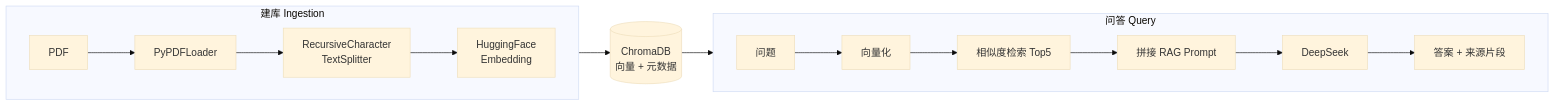
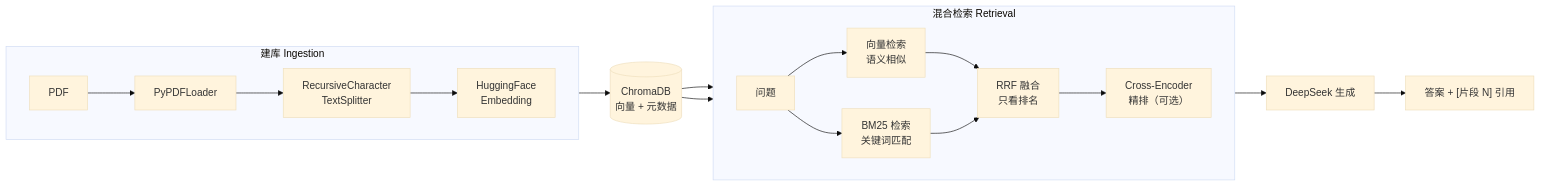
The diagram in README.md (marcus-1613/RAG-Project), drawn with Mermaid (base theme) before and after one commit. The commit also changed other lines of this file, not shown here.

````diff
--- a/README.md
+++ b/README.md
@@ -29,22 +41,25 @@
 ```mermaid
 flowchart LR
     subgraph ING["建库 Ingestion"]
         direction LR
         PDF["PDF"] --> LOAD["PyPDFLoader"]
         LOAD --> SPLIT["RecursiveCharacter<br/>TextSplitter"]
         SPLIT --> EMB["HuggingFace<br/>Embedding"]
     end
 
     EMB --> CHROMA[("ChromaDB<br/>向量 + 元数据")]
 
-    subgraph QUERY["问答 Query"]
+    subgraph RET["混合检索 Retrieval"]
         direction LR
-        Q["问题"] --> QEMB["向量化"]
-        QEMB --> RET["相似度检索 Top5"]
-        RET --> PROMPT["拼接 RAG Prompt"]
-        PROMPT --> LLM["DeepSeek"]
-        LLM --> ANS["答案 + 来源片段"]
+        Q["问题"] --> VEC["向量检索<br/>语义相似"]
+        Q --> KW["BM25 检索<br/>关键词匹配"]
+        VEC --> RRF["RRF 融合<br/>只看排名"]
+        KW --> RRF
+        RRF --> RR["Cross-Encoder<br/>精排（可选）"]
     end
 
-    CHROMA --> RET
+    CHROMA --> VEC
+    CHROMA --> KW
+    RR --> GEN["DeepSeek 生成"]
+    GEN --> ANS["答案 + [片段 N] 引用"]
 ```
````
